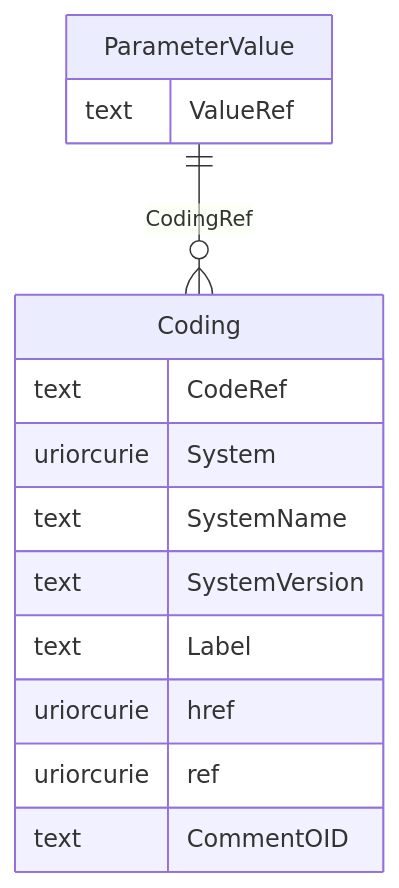
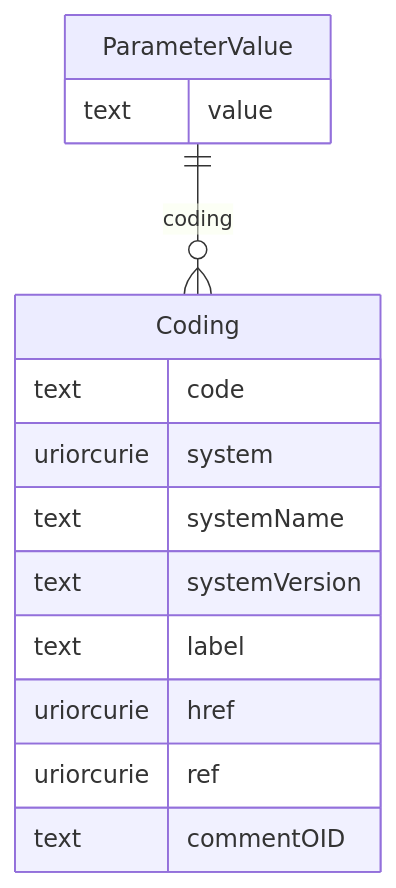
The diagram in docs/ParameterValue.md (cdisc-org/DataExchange-ODM-LinkML), drawn with Mermaid before and after one commit. The commit also changed other lines of this file and 759 other files, not shown here.

````diff
--- a/docs/ParameterValue.md
+++ b/docs/ParameterValue.md
@@ -11,19 +11,19 @@
 ```mermaid
 erDiagram
 ParameterValue {
-    text ValueRef  
+    text value  
 }
 Coding {
-    text CodeRef  
-    uriorcurie System  
-    text SystemName  
-    text SystemVersion  
-    text Label  
+    text code  
+    uriorcurie system  
+    text systemName  
+    text systemVersion  
+    text label  
     uriorcurie href  
     uriorcurie ref  
-    text CommentOID  
+    text commentOID  
 }
 
-ParameterValue ||--}o Coding : "CodingRef"
+ParameterValue ||--}o Coding : "coding"
 
 ```
````
